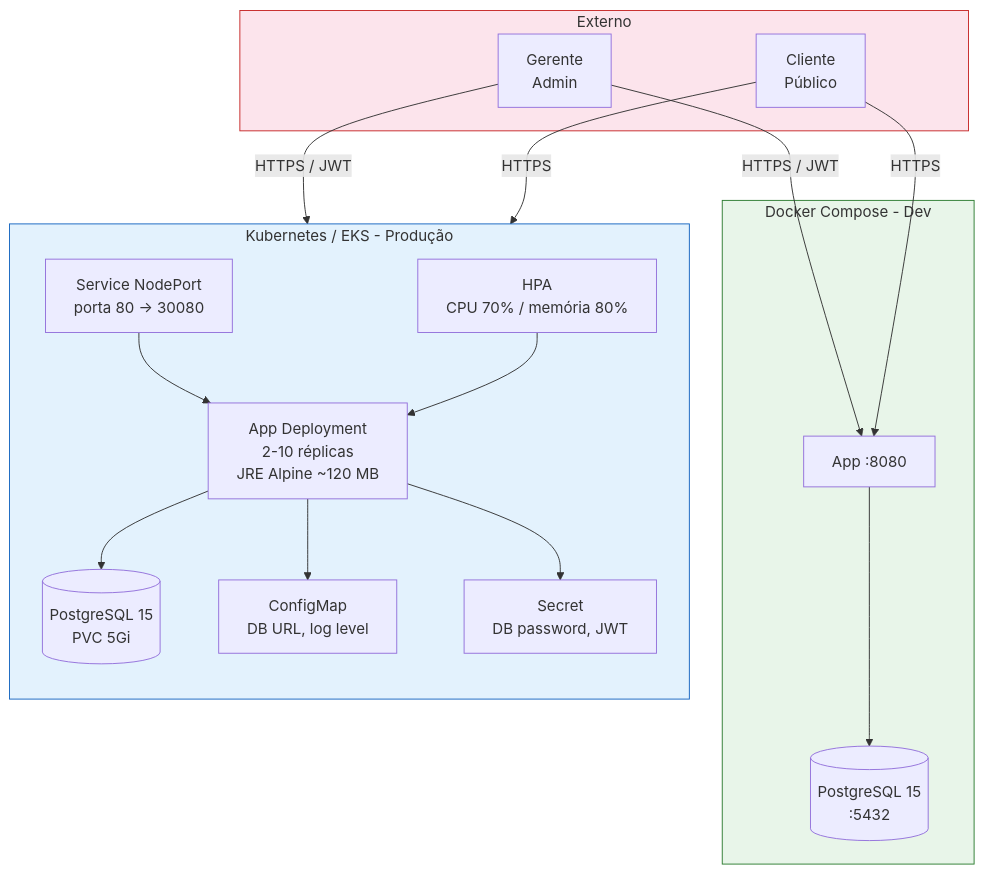
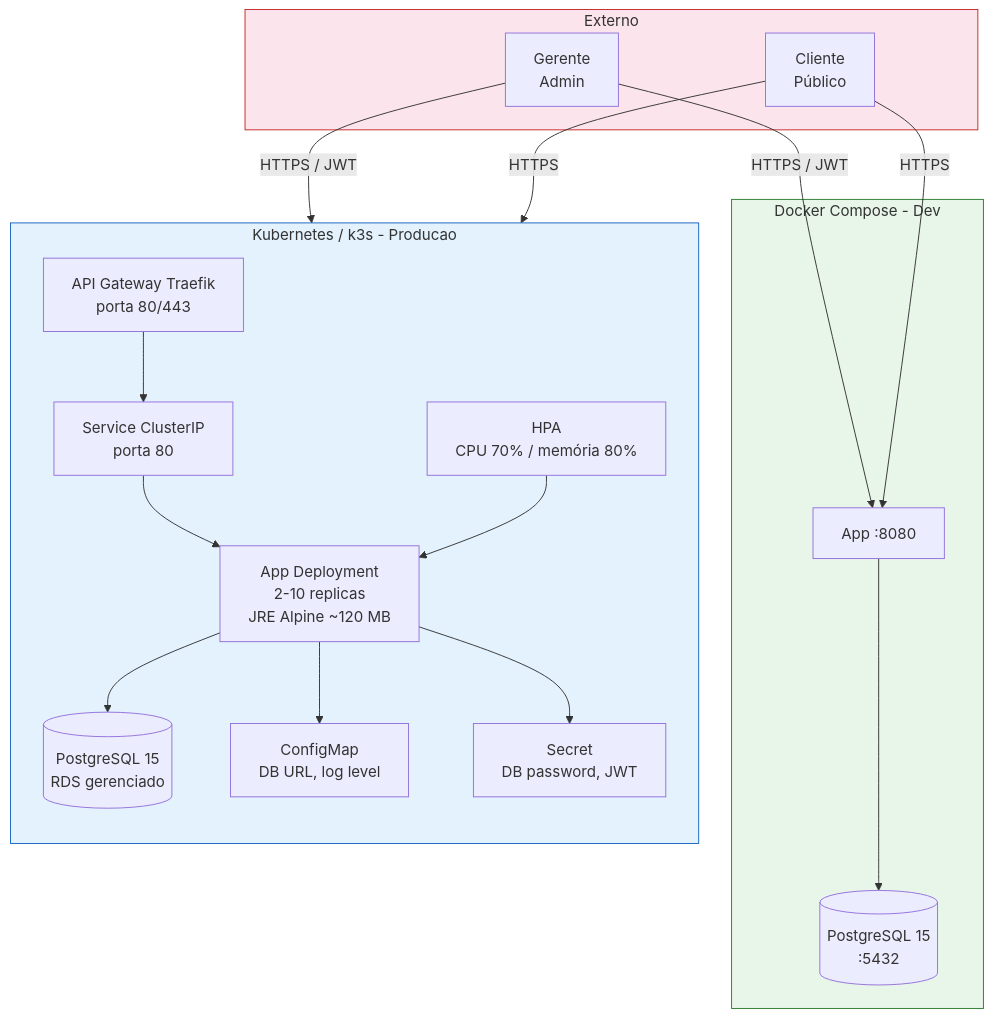
Before and after one commit to rtmaraujo/tc-oficina-app: the second of 4 diagrams in README.md, drawn with Mermaid. The commit also changed other lines of this file and 4 other files, not shown here.

First line of the commit message:
feat(gateway): documenta API Gateway Traefik como unico ponto de entrada

````diff
--- a/README.md
+++ b/README.md
@@ -137,37 +137,39 @@
 ```mermaid
 flowchart TB
   subgraph EXTERNO[Externo]
     GERENTE[Gerente<br/>Admin]
     CLIENTE[Cliente<br/>Público]
   end
 
   subgraph DOCKER[Docker Compose - Dev]
     APP_DEV[App :8080]
     DB_DEV[(PostgreSQL 15<br/>:5432)]
     APP_DEV --> DB_DEV
   end
 
-  subgraph K8S[Kubernetes / EKS - Produção]
+  subgraph K8S[Kubernetes / k3s - Producao]
     direction TB
-    SVC[Service NodePort<br/>porta 80 → 30080]
-    APP_PROD[App Deployment<br/>2-10 réplicas<br/>JRE Alpine ~120 MB]
-    DB_PROD[(PostgreSQL 15<br/>PVC 5Gi)]
+    GW[API Gateway Traefik<br/>porta 80/443]
+    SVC[Service ClusterIP<br/>porta 80]
+    APP_PROD[App Deployment<br/>2-10 replicas<br/>JRE Alpine ~120 MB]
+    DB_PROD[(PostgreSQL 15<br/>RDS gerenciado)]
     HPA[HPA<br/>CPU 70% / memória 80%]
     CM[ConfigMap<br/>DB URL, log level]
     SECRET[Secret<br/>DB password, JWT]
+    GW --> SVC
     SVC --> APP_PROD
     APP_PROD --> DB_PROD
     HPA --> APP_PROD
     APP_PROD --> CM
     APP_PROD --> SECRET
   end
 
   GERENTE -->|HTTPS / JWT| APP_DEV
   CLIENTE -->|HTTPS| APP_DEV
   GERENTE -->|HTTPS / JWT| SVC
   CLIENTE -->|HTTPS| SVC
 
   style EXTERNO fill:#fce4ec,stroke:#c62828
   style DOCKER fill:#e8f5e9,stroke:#2e7d32
   style K8S fill:#e3f2fd,stroke:#1565c0
 ```
````
